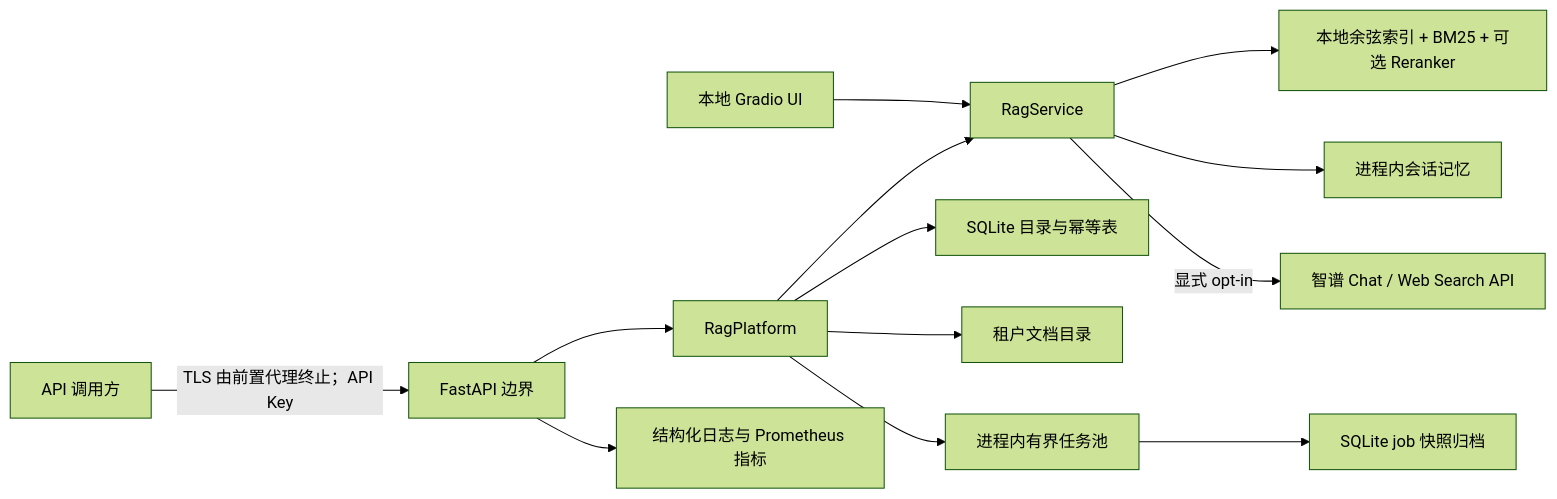
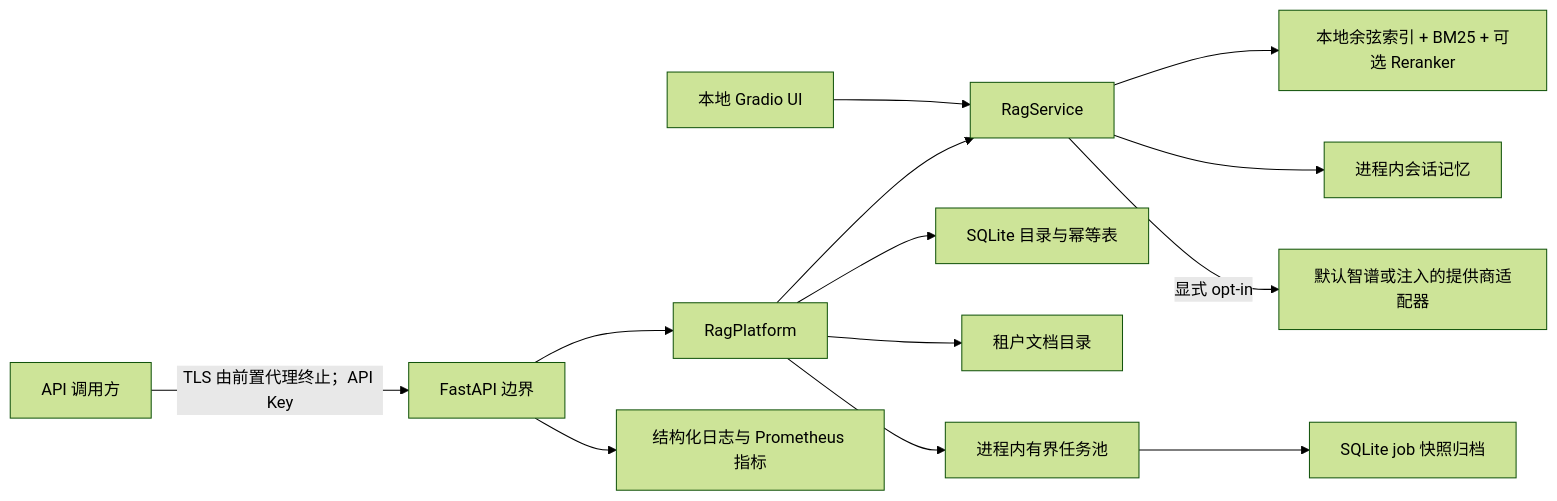
One commit to XWsight/rag-platform changed the first of 4 diagrams in docs/architecture.md. Above: the diagram before and after it, drawn with Mermaid (forest theme). The commit also changed other lines of this file and 7 other files, not shown here.

Commit message:
Decouple cloud providers from service bootstrap

````diff
--- a/docs/architecture.md
+++ b/docs/architecture.md
@@ -15,15 +15,15 @@
 ```mermaid
 flowchart LR
     Client["API 调用方"] -->|"TLS 由前置代理终止；API Key"| API["FastAPI 边界"]
     UI["本地 Gradio UI"] --> Service["RagService"]
     API --> Platform["RagPlatform"]
     Platform --> Service
     Platform --> Catalog["SQLite 目录与幂等表"]
     Platform --> Files["租户文档目录"]
     Platform --> Jobs["进程内有界任务池"]
     Jobs --> JobHistory["SQLite job 快照归档"]
     Service --> Index["本地余弦索引 + BM25 + 可选 Reranker"]
     Service --> Memory["进程内会话记忆"]
-    Service -->|"显式 opt-in"| Zhipu["智谱 Chat / Web Search API"]
+    Service -->|"显式 opt-in"| Providers["默认智谱或注入的提供商适配器"]
     API --> Ops["结构化日志与 Prometheus 指标"]
 ```
````
